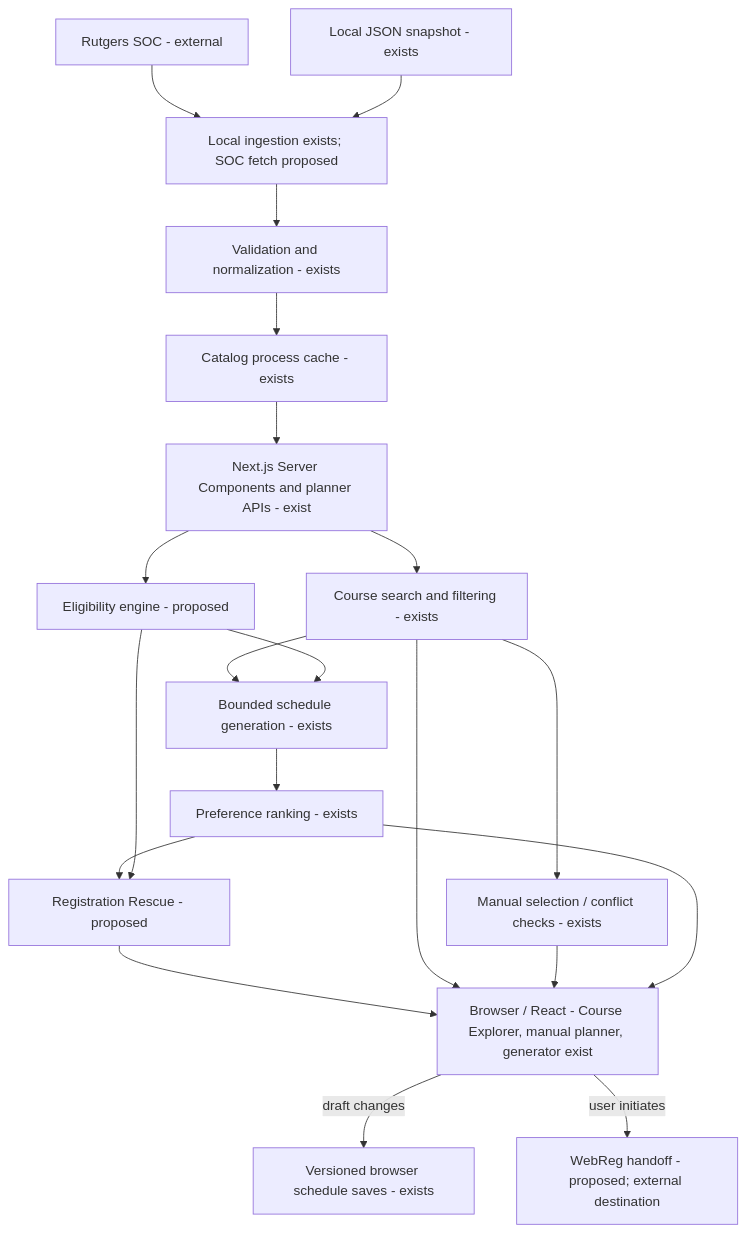
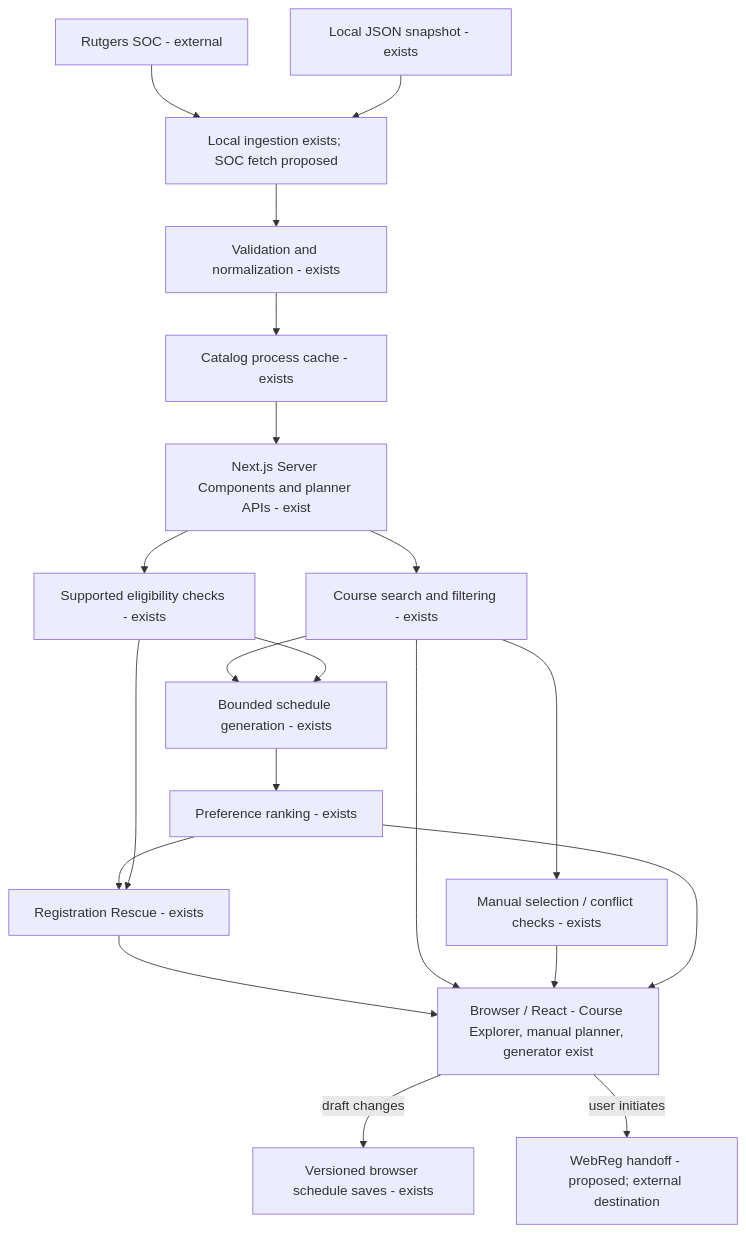
One commit to emreakg0/bettercsp changed the diagram in docs/ARCHITECTURE.md. Above: the diagram before and after it, drawn with Mermaid. The commit also changed other lines of this file and 33 other files, not shown here.

Commit message:
Add eligibility validation and minimum-change registration rescue

````diff
--- a/docs/ARCHITECTURE.md
+++ b/docs/ARCHITECTURE.md
@@ -52,22 +53,22 @@
 ```mermaid
 flowchart TD
   SOC["Rutgers SOC - external"] --> I["Local ingestion exists; SOC fetch proposed"]
   RAW["Local JSON snapshot - exists"] --> I
   I --> N["Validation and normalization - exists"]
   N --> P["Catalog process cache - exists"]
   P --> S["Next.js Server Components and planner APIs - exist"]
   S --> Q["Course search and filtering - exists"]
-  S --> E["Eligibility engine - proposed"]
+  S --> E["Supported eligibility checks - exists"]
   Q --> G["Bounded schedule generation - exists"]
   E --> G
   G --> R["Preference ranking - exists"]
-  R --> X["Registration Rescue - proposed"]
+  R --> X["Registration Rescue - exists"]
   E --> X
   X --> UI["Browser / React - Course Explorer, manual planner, generator exist"]
   Q --> UI
   Q --> MANUAL["Manual selection / conflict checks - exists"]
   MANUAL --> UI
   R --> UI
   UI -->|draft changes| B["Versioned browser schedule saves - exists"]
   UI -->|user initiates| W["WebReg handoff - proposed; external destination"]
 ```
````
